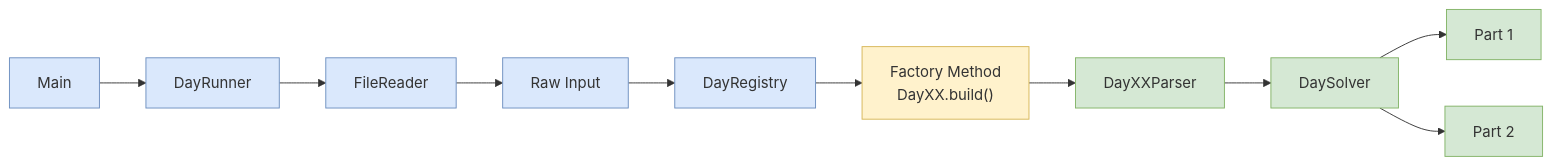
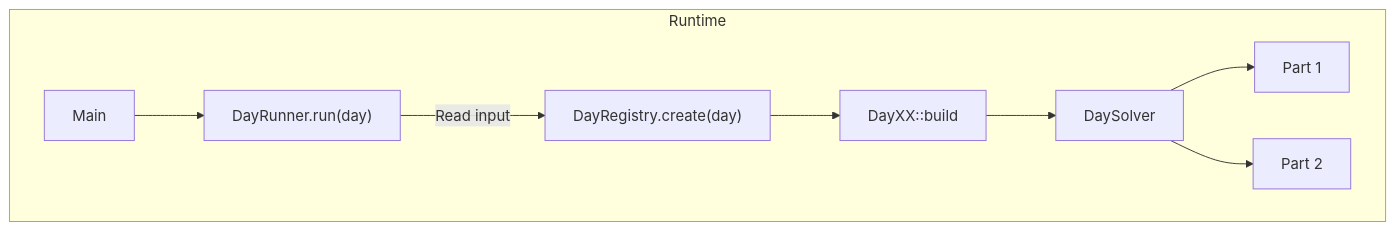
One commit to eeriick-j/Advent-Of-Code-2025 changed the diagram in README.md. Above: the diagram before and after it, drawn with Mermaid. The commit also changed other lines of this file, not shown here.

````diff
--- a/README.md
+++ b/README.md
@@ -78,24 +65,16 @@
 ```mermaid
 flowchart LR
-    A["Main"] --> B["DayRunner"]
 
-    B --> C["FileReader"]
-    C --> D["Raw Input"]
+subgraph Runtime
+direction LR
 
-    D --> E["DayRegistry"]
-    E --> F["Factory Method<br/>DayXX.build()"]
+C["Main"] --> D["DayRunner.run(day)"]
+D -->|Read input| F["DayRegistry.create(day)"]
+F --> G["DayXX::build"]
+G --> H["DaySolver"]
 
-    F --> G["DayXXParser"]
-    G --> H["DaySolver"]
+H --> I["Part 1"]
+H --> J["Part 2"]
 
-    H --> I["Part 1"]
-    H --> J["Part 2"]
-
-    classDef core fill:#dae8fc,stroke:#6c8ebf;
-    classDef factory fill:#fff2cc,stroke:#d6b656;
-    classDef solver fill:#d5e8d4,stroke:#82b366;
-
-    class A,B,C,D,E core;
-    class F factory;
-    class G,H,I,J solver;
+end
 ```
````
